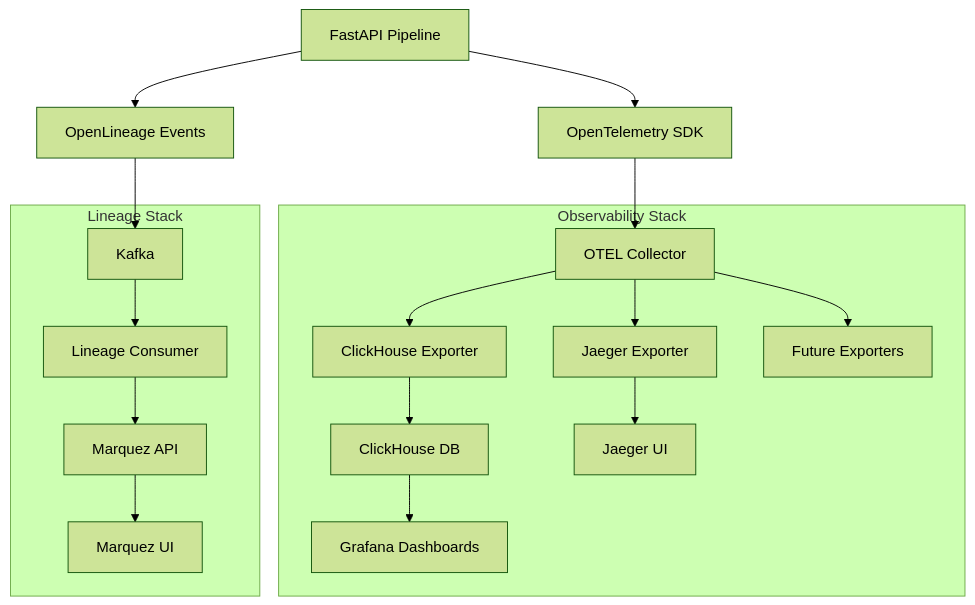
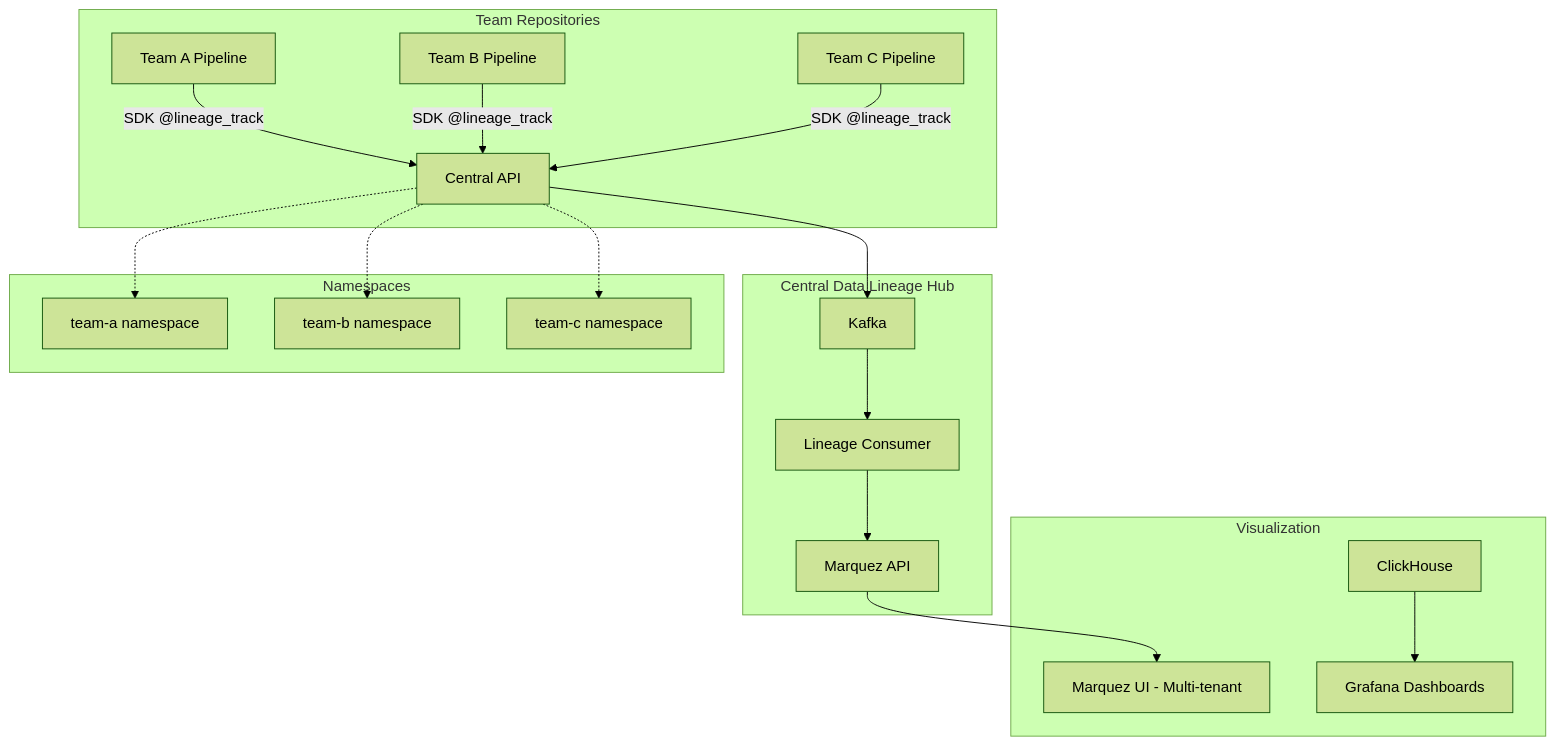
Before and after one commit to mrankitsinghal/data-lineage-hub: the first of 2 diagrams in README.md, drawn with Mermaid (forest theme). The commit also changed other lines of this file and 42 other files, not shown here.

````diff
--- a/README.md
+++ b/README.md
@@ -7,38 +7,29 @@
 ```mermaid
 graph TD
-    A[FastAPI Pipeline] --> B[OpenTelemetry SDK]
-    A --> C[OpenLineage Events]
-
-    B --> D[OTEL Collector]
-    C --> E[Kafka]
-
-    D --> F[ClickHouse Exporter]
-    D --> G[Jaeger Exporter]
-    D --> H[Future Exporters]
-
-    E --> I[Lineage Consumer]
-
-    F --> J[ClickHouse DB]
-    G --> K[Jaeger UI]
-    I --> L[Marquez API]
-
-    J --> M[Grafana Dashboards]
-    L --> N[Marquez UI]
-
-    subgraph "Observability Stack"
-        D
-        F
-        G
-        H
-        J
-        K
-        M
+    subgraph "Team Repositories"
+        A[Team A Pipeline] --> |"SDK @lineage_track"| API
+        B[Team B Pipeline] --> |"SDK @lineage_track"| API
+        C[Team C Pipeline] --> |"SDK @lineage_track"| API
     end
 
-    subgraph "Lineage Stack"
-        E
-        I
-        L
-        N
+    subgraph "Central Data Lineage Hub"
+        API[Central API] --> E[Kafka]
+        E --> I[Lineage Consumer]
+        I --> L[Marquez API]
     end
+
+    subgraph "Visualization"
+        L --> N[Marquez UI - Multi-tenant]
+        CH[ClickHouse] --> G[Grafana Dashboards]
+    end
+
+    subgraph "Namespaces"
+        NS1[team-a namespace]
+        NS2[team-b namespace]
+        NS3[team-c namespace]
+    end
+
+    API -.-> NS1
+    API -.-> NS2
+    API -.-> NS3
 ```
````
